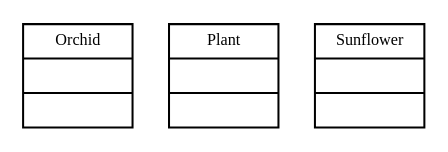
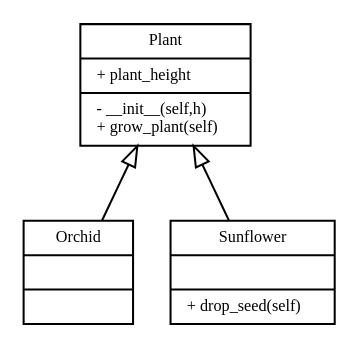
Before and after one commit to epic342/Assignment-3: the diagram in tmp/class.dot, drawn with Graphviz. The commit also changed 20 other files, not shown here.

```diff
--- a/tmp/class.dot
+++ b/tmp/class.dot
@@ -1,28 +1,30 @@
 
                     digraph G {
                         rankdir=BT
                         node [
                             fontname = "Sans Not-Rotated 8"
                             fontsize = 8
                             shape = "record"
                         ]
                         edge [
                             fontname = "Sans Not-Rotated 8"
                             fontsize = 8
                         ]
                     subgraph {
 Orchid [
 label = "{Orchid||}"
 ]
 Plant [
-label = "{Plant||}"
+label = "{Plant|+ plant_height\l|- __init__(self,h)\l+ grow_plant(self)\l}"
 ]
 Sunflower [
-label = "{Sunflower||}"
+label = "{Sunflower||+ drop_seed(self)\l}"
 ]
 }
 
                     edge [
                         arrowhead = "empty"
                     ]
-                }
+                Orchid -> Plant
+Sunflower -> Plant
+}
```
